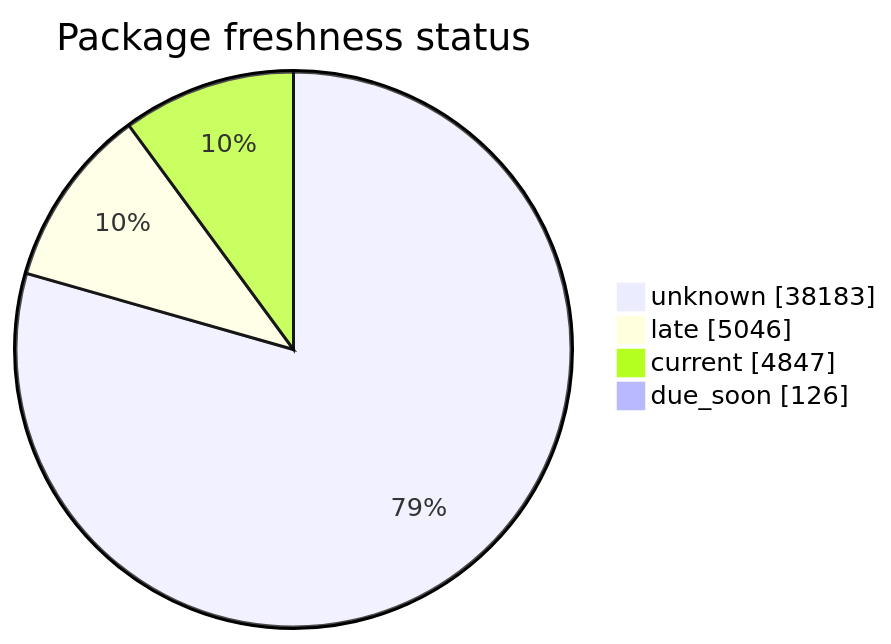
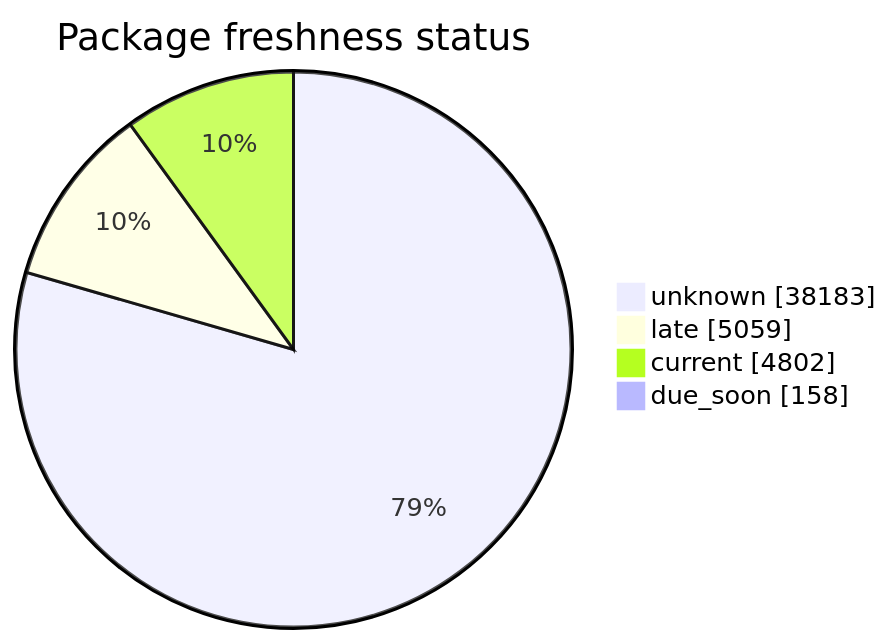
The second of 5 diagrams in FreshCheck/README.md (open-data/analytics-corporate-reporting), drawn with Mermaid before and after one commit. The commit also changed other lines of this file and 3 other files, not shown here.

````diff
--- a/FreshCheck/README.md
+++ b/FreshCheck/README.md
@@ -68,7 +68,7 @@
 ```mermaid
 pie showData title Package freshness status
     "unknown": 38183
-    "late": 5046
-    "current": 4847
-    "due_soon": 126
+    "late": 5059
+    "current": 4802
+    "due_soon": 158
 ```
````
